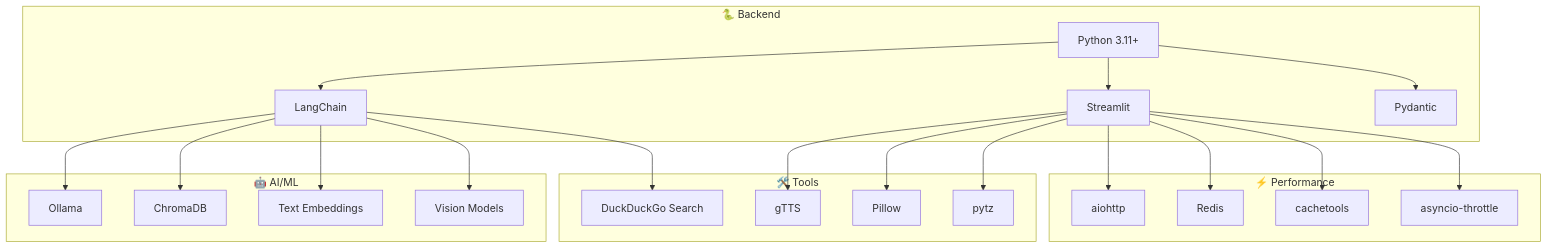
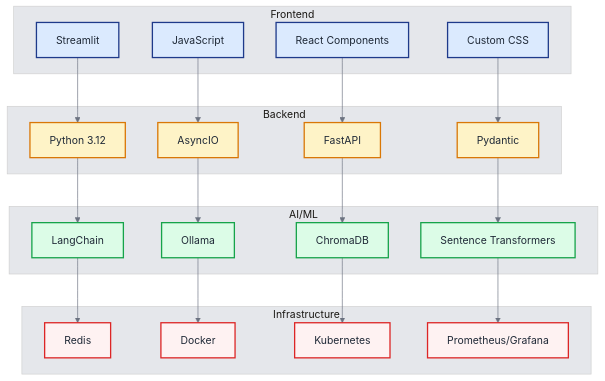
Diagram 14 of 14 in docs/ARCHITECTURE.md (khaosans/basic-chat), drawn with Mermaid before and after one commit. The commit also changed other lines of this file and 10 other files, not shown here.

````diff
--- a/docs/ARCHITECTURE.md
+++ b/docs/ARCHITECTURE.md
@@ -423,49 +769,56 @@
 ```mermaid
+%%{init: {'theme': 'base', 'themeVariables': { 'fontSize': '16px', 'fontFamily': 'Arial, sans-serif', 'primaryColor': '#1e3a8a', 'primaryTextColor': '#1f2937', 'primaryBorderColor': '#374151', 'lineColor': '#6b7280', 'secondaryColor': '#f3f4f6', 'tertiaryColor': '#e5e7eb', 'edgeLabelBackground': '#f9fafb'}}}%%
 graph TB
-    subgraph "🐍 Backend"
-        PYTHON[Python 3.11+]
+    subgraph "Frontend"
         STREAMLIT[Streamlit]
-        LANGCHAIN[LangChain]
+        REACT[React Components]
+        CSS[Custom CSS]
+        JS[JavaScript]
+    end
+    
+    subgraph "Backend"
+        PYTHON[Python 3.12]
+        ASYNC[AsyncIO]
+        FASTAPI[FastAPI]
         PYDANTIC[Pydantic]
     end
     
-    subgraph "🤖 AI/ML"
+    subgraph "AI/ML"
+        LANGCHAIN[LangChain]
         OLLAMA[Ollama]
-        CHROMA[ChromaDB]
-        EMBEDDINGS[Text Embeddings]
-        VISION[Vision Models]
+        CHROMADB[ChromaDB]
+        SENTENCE_TRANSFORMERS[Sentence Transformers]
     end
     
-    subgraph "⚡ Performance"
-        AIOHTTP[aiohttp]
+    subgraph "Infrastructure"
         REDIS[Redis]
-        CACHETOOLS[cachetools]
-        THROTTLE[asyncio-throttle]
+        DOCKER[Docker]
+        KUBERNETES[Kubernetes]
+        MONITORING[Prometheus/Grafana]
     end
     
-    subgraph "🛠️ Tools"
-        DUCKDUCKGO[DuckDuckGo Search]
-        GTTS[gTTS]
-        PILLOW[Pillow]
-        PYTZ[pytz]
-    end
+    STREAMLIT --> PYTHON
+    REACT --> FASTAPI
+    CSS --> PYDANTIC
+    JS --> ASYNC
     
-    PYTHON --> STREAMLIT
     PYTHON --> LANGCHAIN
-    PYTHON --> PYDANTIC
+    ASYNC --> OLLAMA
+    FASTAPI --> CHROMADB
+    PYDANTIC --> SENTENCE_TRANSFORMERS
     
-    LANGCHAIN --> OLLAMA
-    LANGCHAIN --> CHROMA
-    LANGCHAIN --> EMBEDDINGS
-    LANGCHAIN --> VISION
+    LANGCHAIN --> REDIS
+    OLLAMA --> DOCKER
+    CHROMADB --> KUBERNETES
+    SENTENCE_TRANSFORMERS --> MONITORING
     
-    STREAMLIT --> AIOHTTP
-    STREAMLIT --> REDIS
-    STREAMLIT --> CACHETOOLS
-    STREAMLIT --> THROTTLE
+    classDef frontend fill:#dbeafe,stroke:#1e3a8a,stroke-width:2px,color:#1f2937
+    classDef backend fill:#fef3c7,stroke:#d97706,stroke-width:2px,color:#1f2937
+    classDef aiml fill:#dcfce7,stroke:#16a34a,stroke-width:2px,color:#1f2937
+    classDef infrastructure fill:#fef2f2,stroke:#dc2626,stroke-width:2px,color:#1f2937
     
-    LANGCHAIN --> DUCKDUCKGO
-    STREAMLIT --> GTTS
-    STREAMLIT --> PILLOW
-    STREAMLIT --> PYTZ
+    class STREAMLIT,REACT,CSS,JS frontend
+    class PYTHON,ASYNC,FASTAPI,PYDANTIC backend
+    class LANGCHAIN,OLLAMA,CHROMADB,SENTENCE_TRANSFORMERS aiml
+    class REDIS,DOCKER,KUBERNETES,MONITORING infrastructure
 ```
````
